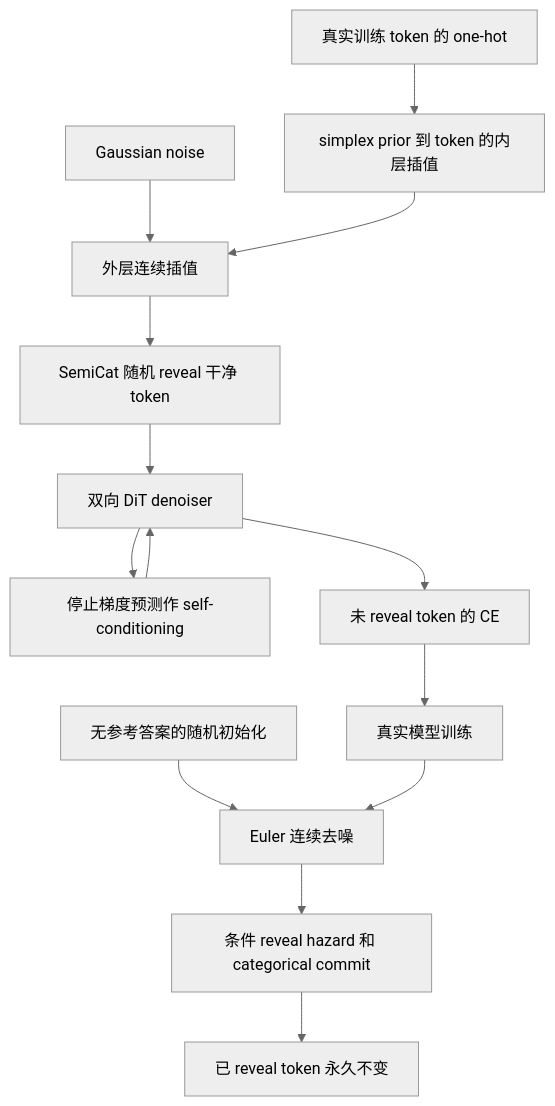
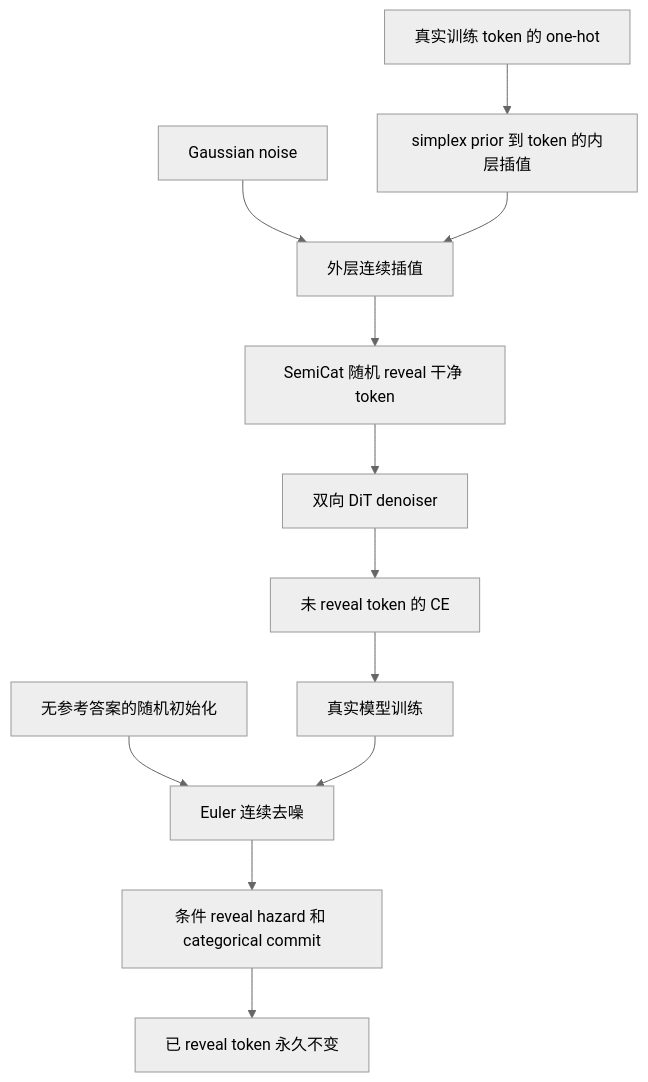
The diagram in docs/reproductions/2610.13834-doublecat-semicat/README.md (daiwk/auto-research), drawn with Mermaid (neutral theme) before and after one commit. The commit also changed other lines of this file and 173 other files, not shown here.

````diff
--- a/docs/reproductions/2610.13834-doublecat-semicat/README.md
+++ b/docs/reproductions/2610.13834-doublecat-semicat/README.md
@@ -28,16 +28,14 @@
 ```mermaid
 flowchart TD
   A[真实训练 token 的 one-hot] --> B[simplex prior 到 token 的内层插值]
   C[Gaussian noise] --> D[外层连续插值]
   B --> D
   D --> E[SemiCat 随机 reveal 干净 token]
   E --> F[双向 DiT denoiser]
-  F --> G[停止梯度预测作 self-conditioning]
-  G --> F
   F --> H[未 reveal token 的 CE]
   H --> I[真实模型训练]
   J[无参考答案的随机初始化] --> K[Euler 连续去噪]
   I --> K
   K --> L[条件 reveal hazard 和 categorical commit]
   L --> M[已 reveal token 永久不变]
 ```
````
